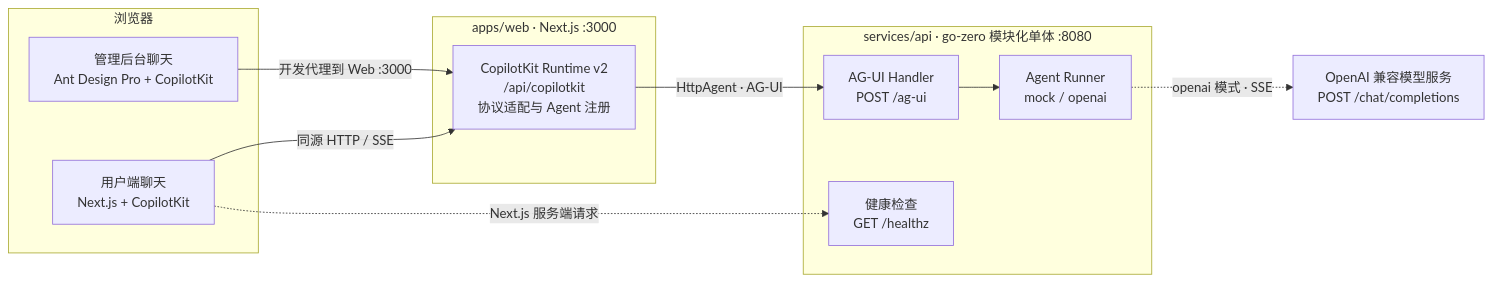
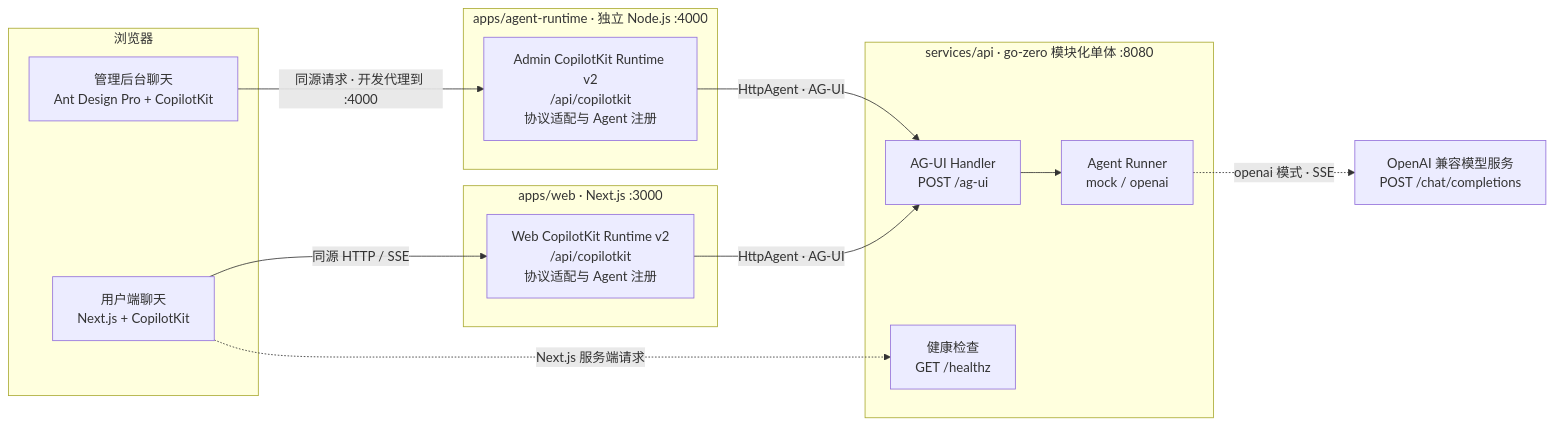
One commit to feifeigd/nexus-ai changed the first of 3 diagrams in docs/architecture.md. Above: the diagram before and after it, drawn with Mermaid. The commit also changed other lines of this file and 14 other files, not shown here.

Commit message:
feat: add standalone admin copilot runtime

````diff
--- a/docs/architecture.md
+++ b/docs/architecture.md
@@ -7,26 +7,31 @@
 ```mermaid
 flowchart LR
     subgraph Clients["浏览器"]
         WebUI["用户端聊天<br/>Next.js + CopilotKit"]
         AdminUI["管理后台聊天<br/>Ant Design Pro + CopilotKit"]
     end
 
     subgraph WebApp["apps/web · Next.js :3000"]
-        Runtime["CopilotKit Runtime v2<br/>/api/copilotkit<br/>协议适配与 Agent 注册"]
+        WebRuntime["Web CopilotKit Runtime v2<br/>/api/copilotkit<br/>协议适配与 Agent 注册"]
+    end
+
+    subgraph RuntimeService["apps/agent-runtime · 独立 Node.js :4000"]
+        AdminRuntime["Admin CopilotKit Runtime v2<br/>/api/copilotkit<br/>协议适配与 Agent 注册"]
     end
 
     subgraph Backend["services/api · go-zero 模块化单体 :8080"]
         AGUI["AG-UI Handler<br/>POST /ag-ui"]
         Runner["Agent Runner<br/>mock / openai"]
         Health["健康检查<br/>GET /healthz"]
         AGUI --> Runner
     end
 
     Model["OpenAI 兼容模型服务<br/>POST /chat/completions"]
 
-    WebUI -->|"同源 HTTP / SSE"| Runtime
-    AdminUI -->|"开发代理到 Web :3000"| Runtime
-    Runtime -->|"HttpAgent · AG-UI"| AGUI
+    WebUI -->|"同源 HTTP / SSE"| WebRuntime
+    AdminUI -->|"同源请求 · 开发代理到 :4000"| AdminRuntime
+    WebRuntime -->|"HttpAgent · AG-UI"| AGUI
+    AdminRuntime -->|"HttpAgent · AG-UI"| AGUI
     Runner -.->|"openai 模式 · SSE"| Model
     WebUI -.->|"Next.js 服务端请求"| Health
 ```
````
